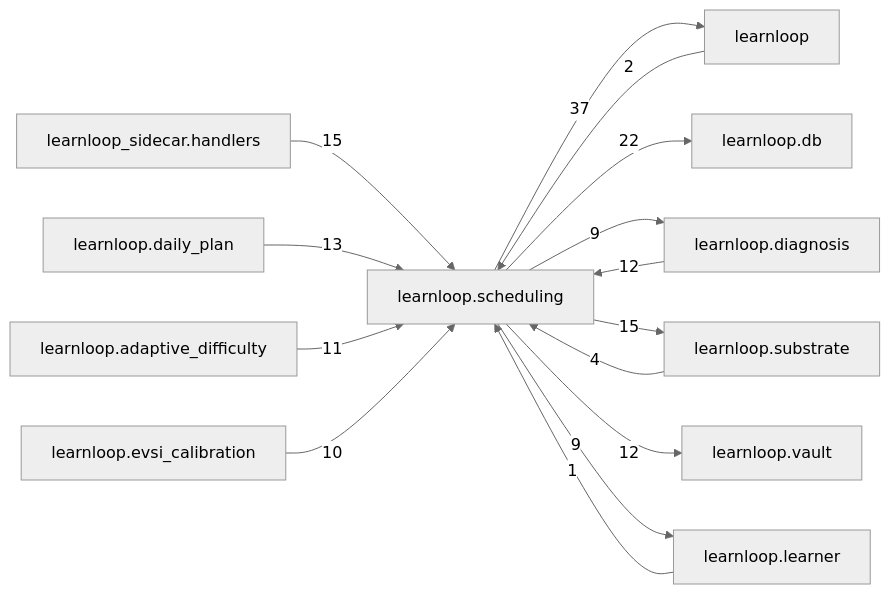
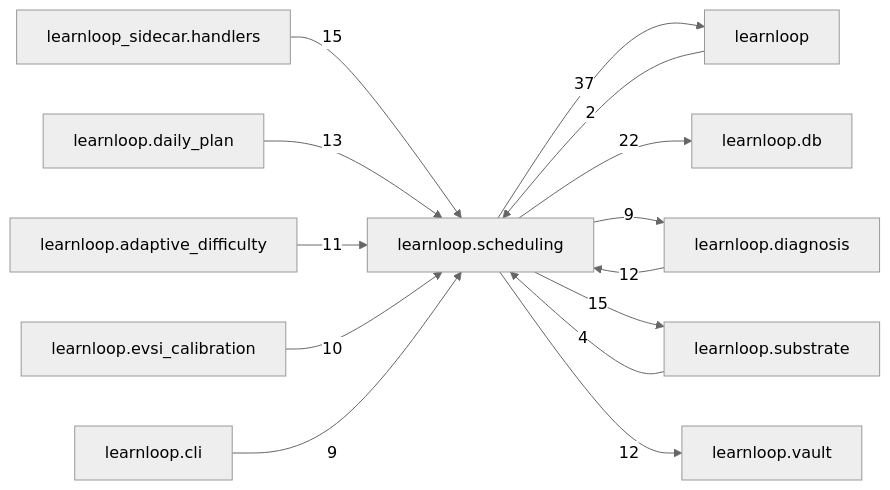
One commit to 6up-b/learnanything changed the diagram in docs/learnloop-architecture-vault/Reference/Modules/learnloop/scheduling/_package.md. Above: the diagram before and after it, drawn with Mermaid (neutral theme). The commit also changed other lines of this file and 53 other files, not shown here.

````diff
--- a/docs/learnloop-architecture-vault/Reference/Modules/learnloop/scheduling/_package.md
+++ b/docs/learnloop-architecture-vault/Reference/Modules/learnloop/scheduling/_package.md
@@ -171,28 +171,27 @@
 ```mermaid
 flowchart LR
     center["learnloop.scheduling"]
     n_learnloop["learnloop"]
     n_learnloop_db["learnloop.db"]
     n_learnloop_diagnosis["learnloop.diagnosis"]
     n_learnloop_substrate["learnloop.substrate"]
     n_learnloop_sidecar_handlers["learnloop_sidecar.handlers"]
     n_learnloop_daily_plan["learnloop.daily_plan"]
     n_learnloop_vault["learnloop.vault"]
     n_learnloop_adaptive_difficulty["learnloop.adaptive_difficulty"]
     n_learnloop_evsi_calibration["learnloop.evsi_calibration"]
-    n_learnloop_learner["learnloop.learner"]
+    n_learnloop_cli["learnloop.cli"]
     n_learnloop -->|2| center
     center -->|37| n_learnloop
     center -->|22| n_learnloop_db
     n_learnloop_diagnosis -->|12| center
     center -->|9| n_learnloop_diagnosis
     n_learnloop_substrate -->|4| center
     center -->|15| n_learnloop_substrate
     n_learnloop_sidecar_handlers -->|15| center
     n_learnloop_daily_plan -->|13| center
     center -->|12| n_learnloop_vault
     n_learnloop_adaptive_difficulty -->|11| center
     n_learnloop_evsi_calibration -->|10| center
-    n_learnloop_learner -->|1| center
-    center -->|9| n_learnloop_learner
+    n_learnloop_cli -->|9| center
 ```
````
